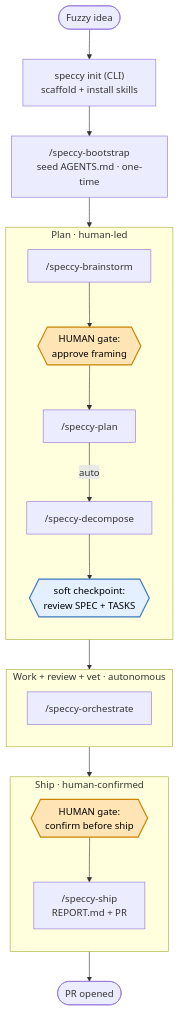
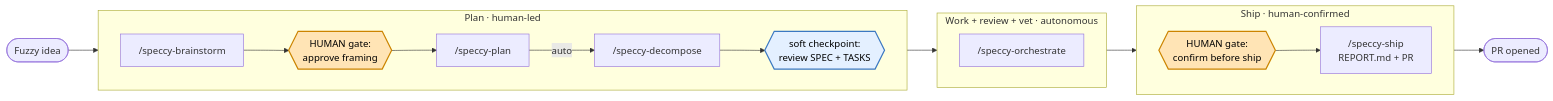
The diagram in README.md (kvnxiao/speccy), drawn with Mermaid before and after one commit.

Commit message:
Simplify README flow diagram: horizontal, core SDLC only
Switch the flowchart to LR and drop the install/bootstrap nodes
(speccy init, /speccy-bootstrap) so it focuses on the core loop:
fuzzy idea → brainstorm → plan → decompose → orchestrate → ship.

````diff
--- a/README.md
+++ b/README.md
@@ -98,37 +98,36 @@
 ```mermaid
-flowchart TD
-    Idea([Fuzzy idea]) --> Init["speccy init (CLI)<br/>scaffold + install skills"]
+flowchart LR
+    Idea([Fuzzy idea])
 
     subgraph Plan [Plan · human-led]
-      direction TB
+      direction LR
       Brain["/speccy-brainstorm"]
       G1{{HUMAN gate:<br/>approve framing}}
       PlanCmd["/speccy-plan"]
       Decomp["/speccy-decompose"]
       C1{{soft checkpoint:<br/>review SPEC + TASKS}}
       Brain --> G1 --> PlanCmd -->|auto| Decomp --> C1
     end
 
     subgraph Loop [Work + review + vet · autonomous]
-      direction TB
+      direction LR
       Orch["/speccy-orchestrate"]
     end
 
     subgraph Ship [Ship · human-confirmed]
-      direction TB
+      direction LR
       G2{{HUMAN gate:<br/>confirm before ship}}
       ShipCmd["/speccy-ship<br/>REPORT.md + PR"]
       G2 --> ShipCmd
     end
 
-    Init --> Boot["/speccy-bootstrap<br/>seed AGENTS.md · one-time"]
-    Boot --> Brain
+    Idea --> Brain
     C1 --> Orch
     Orch --> G2
     ShipCmd --> Done([PR opened])
 
     classDef human fill:#ffe4b5,stroke:#cc8400,stroke-width:2px,color:#000
     class G1,G2 human
     classDef soft fill:#e4f0ff,stroke:#3b78c2,stroke-width:2px,color:#000
     class C1 soft
 ```
````
